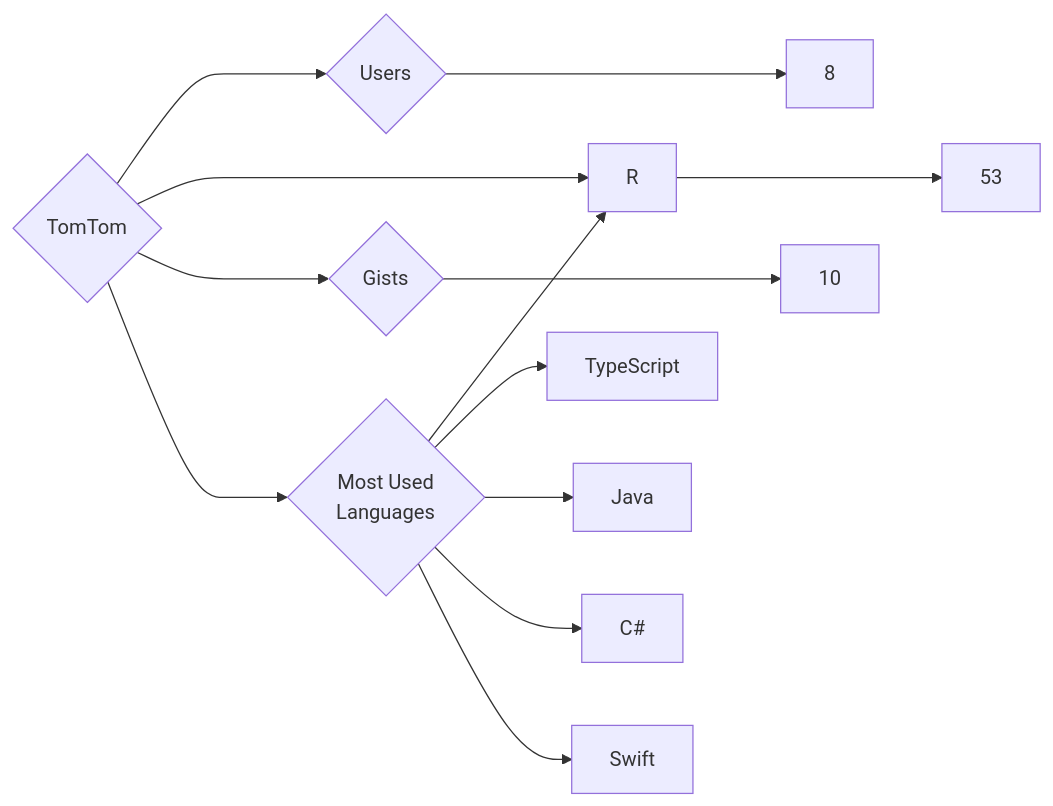
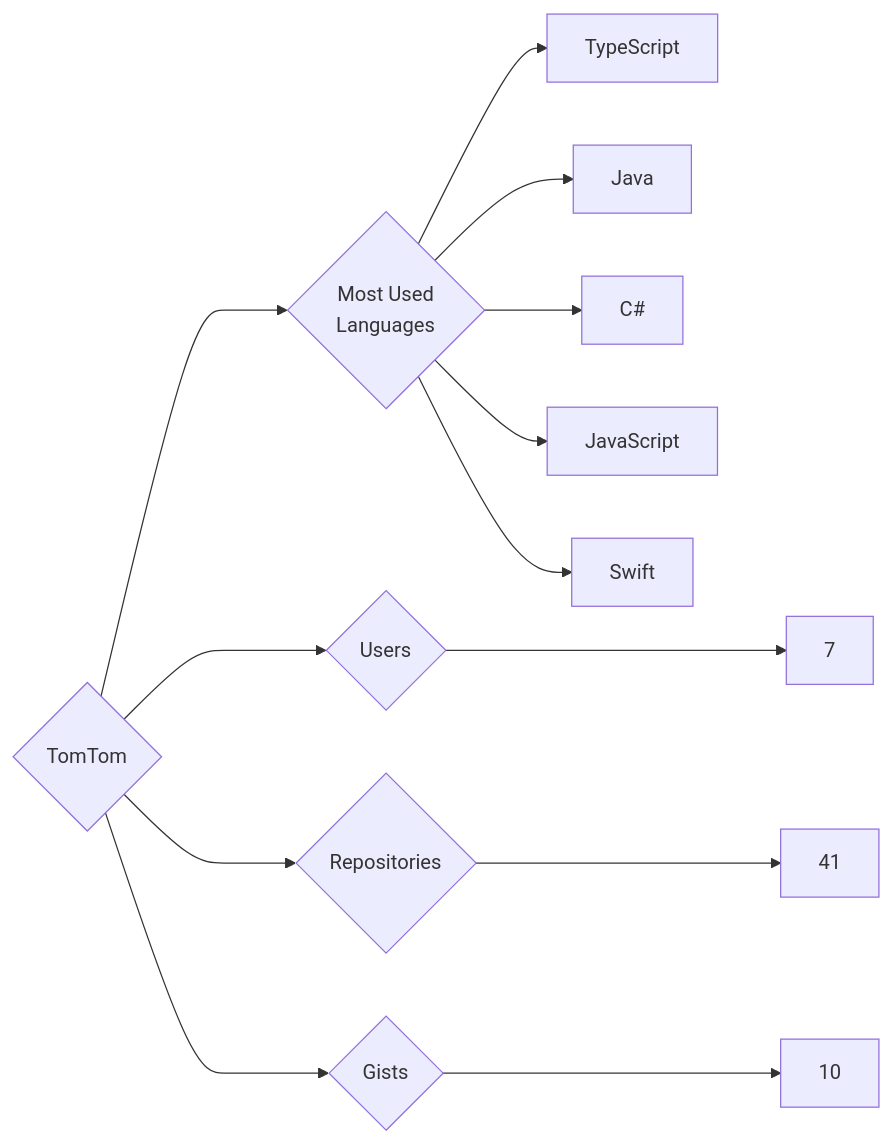
The diagram in targets/TomTom/README.md (trickest/insiders), drawn with Mermaid before and after one commit. The commit also changed 1484 other files, not shown here.

````diff
--- a/targets/TomTom/README.md
+++ b/targets/TomTom/README.md
@@ -3,13 +3,13 @@
 ```mermaid
 graph LR
 COMPANY_NAME{TomTom}
-COMPANY_NAME ---> U{Users} ---> UN[8]
-COMPANY_NAME ---> R{Repositories} ---> RN[53]
+COMPANY_NAME ---> U{Users} ---> UN[7]
+COMPANY_NAME ---> R{Repositories} ---> RN[41]
 COMPANY_NAME ---> G{Gists} ---> GN[10]
 COMPANY_NAME ---> ML{Most Used<br>Languages}
-ML --> R[R]
 ML --> TypeScript[TypeScript]
 ML --> Java[Java]
 ML --> C#[C#]
+ML --> JavaScript[JavaScript]
 ML --> Swift[Swift]
 ```
````
